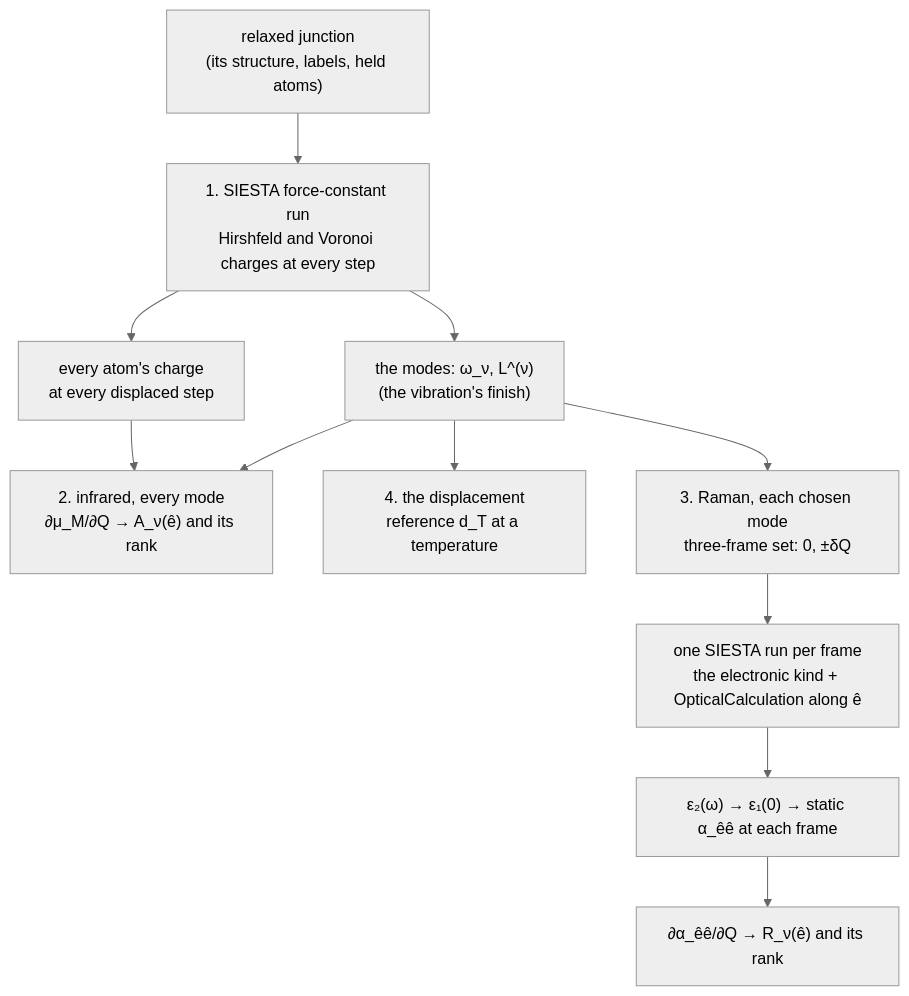
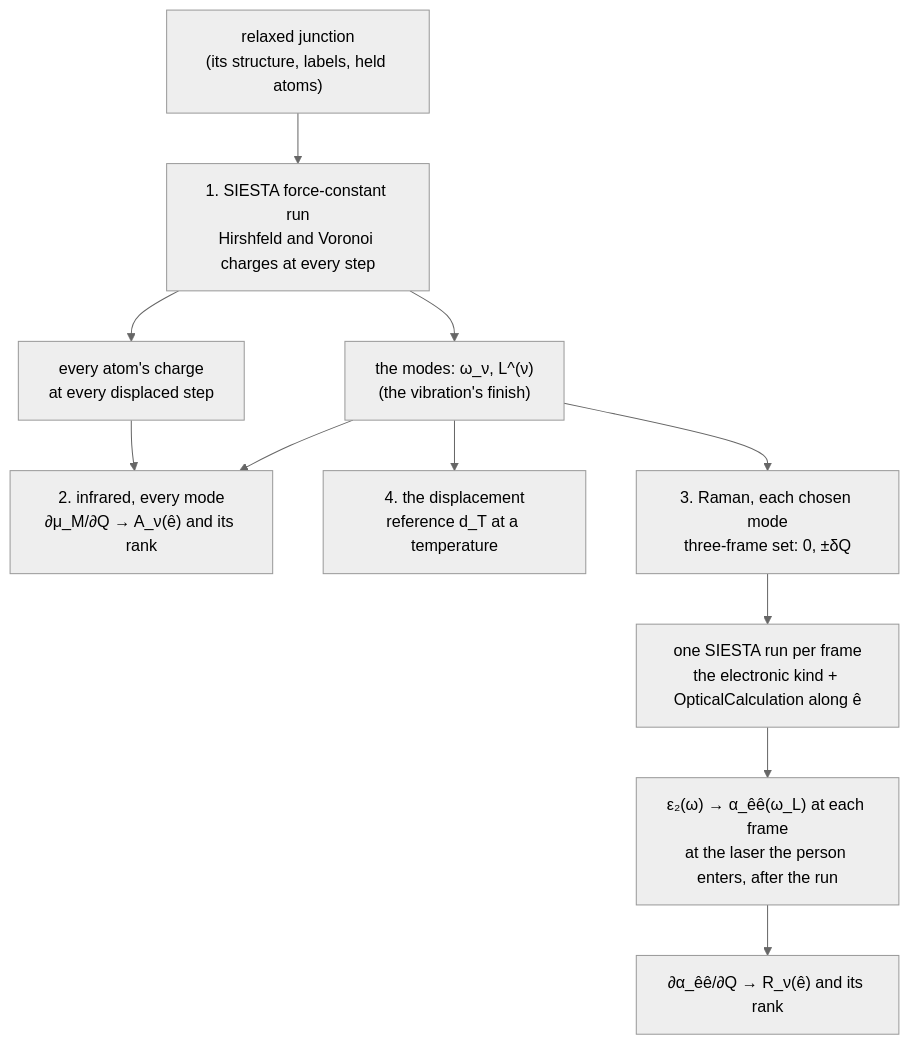
Before and after one commit to Qing-LAB/molbuilder: the first of 3 diagrams in docs/science/vibrational-optical-response.md, drawn with Mermaid (neutral theme). The commit also changed other lines of this file and 40 other files, not shown here.

````diff
--- a/docs/science/vibrational-optical-response.md
+++ b/docs/science/vibrational-optical-response.md
@@ -73,13 +77,13 @@
 ```mermaid
 flowchart TD
     J["relaxed junction<br/>(its structure, labels, held atoms)"] --> FC["1. SIESTA force-constant run<br/>Hirshfeld and Voronoi charges at every step"]
     FC --> MODES["the modes: ω_ν, L^(ν)<br/>(the vibration's finish)"]
     FC --> QS["every atom's charge<br/>at every displaced step"]
     QS --> IR["2. infrared, every mode<br/>∂μ_M/∂Q → A_ν(ê) and its rank"]
     MODES --> IR
     MODES --> DISP["4. the displacement<br/>reference d_T at a temperature"]
     MODES --> FR["3. Raman, each chosen mode<br/>three-frame set: 0, ±δQ"]
     FR --> EL["one SIESTA run per frame<br/>the electronic kind + OpticalCalculation along ê"]
-    EL --> AL["ε₂(ω) → ε₁(0) → static α_êê at each frame"]
+    EL --> AL["ε₂(ω) → α_êê(ω_L) at each frame<br/>at the laser the person enters, after the run"]
     AL --> RA["∂α_êê/∂Q → R_ν(ê) and its rank"]
 ```
````
